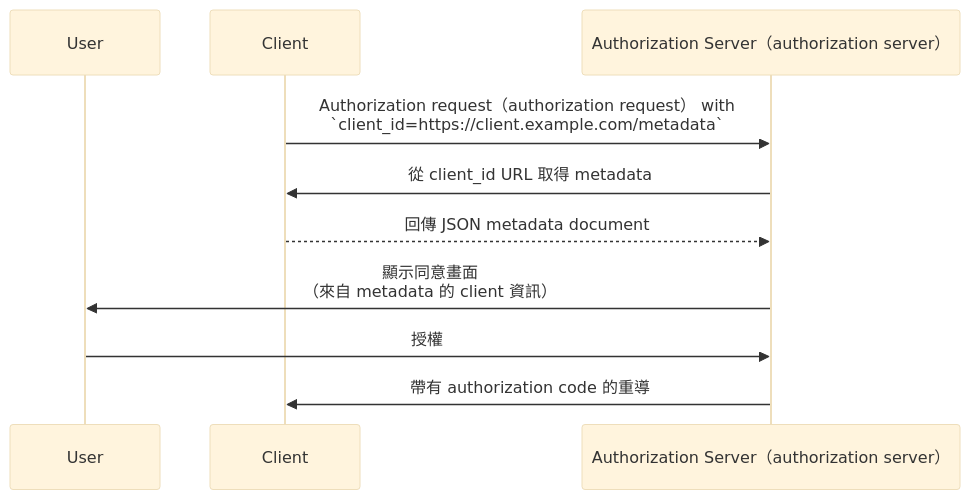
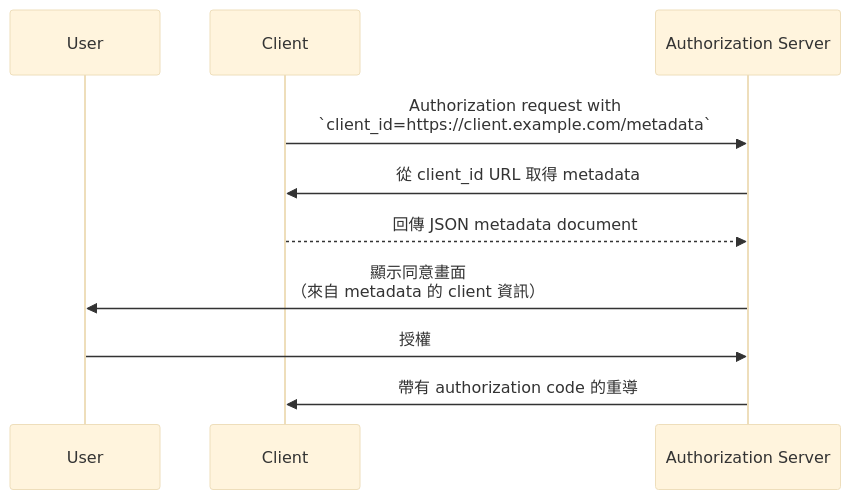
Before and after one commit to logto-io/auth-wiki: the diagram in src/content/terms/zh-Hant/client-id-metadata-document.mdx, drawn with Mermaid (base theme). The commit also changed 5 other files, not shown here.

Commit message:
chore: fix mermaid participant references and redundant labels in translations

````diff
--- a/src/content/terms/zh-Hant/client-id-metadata-document.mdx
+++ b/src/content/terms/zh-Hant/client-id-metadata-document.mdx
@@ -19,13 +19,13 @@
 ```mermaid
 sequenceDiagram
     participant User
     participant Client
-    participant AS as Authorization Server（authorization server）
+    participant AS as Authorization Server
 
-    Client->>AS: Authorization request（authorization request） with<br/>`client_id=https://client.example.com/metadata`
+    Client->>AS: Authorization request with<br/>`client_id=https://client.example.com/metadata`
     AS->>Client: 從 client_id URL 取得 metadata
     Client-->>AS: 回傳 JSON metadata document
     AS->>User: 顯示同意畫面<br/>（來自 metadata 的 client 資訊）
     User->>AS: 授權
     AS->>Client: 帶有 authorization code 的重導
 ```
````
